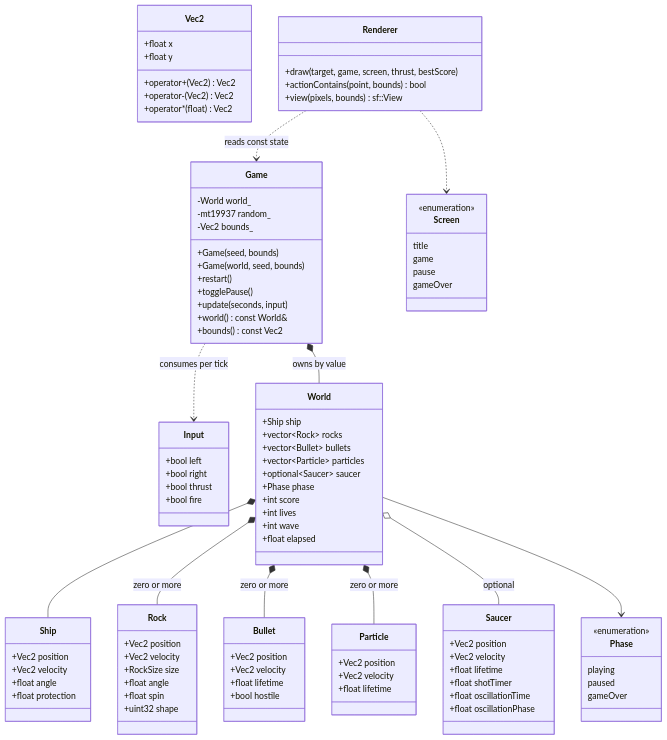
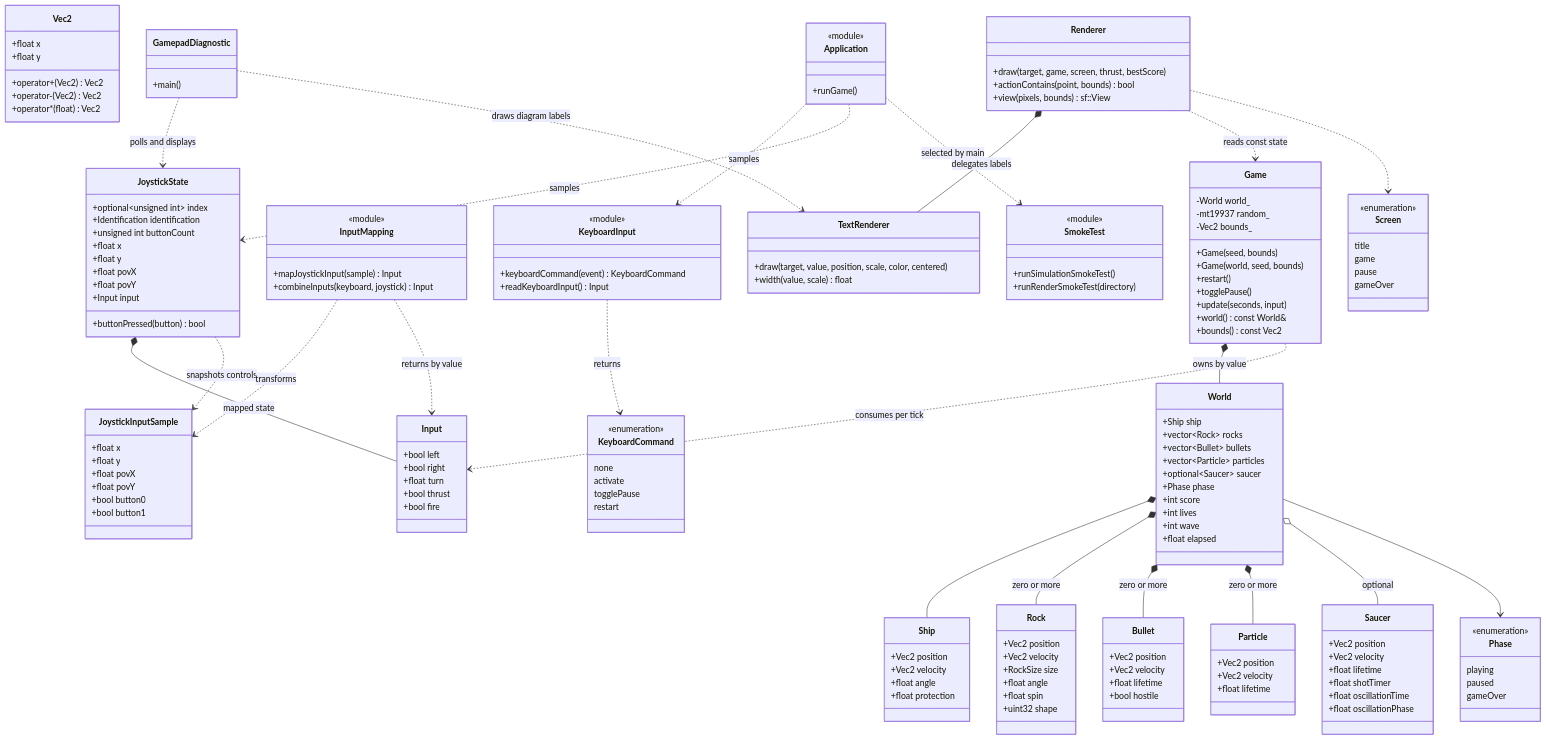
Before and after one commit to OMerkel/pebble_blaster: the second of 10 diagrams in doc/software_architecture.md, drawn with Mermaid. The commit also changed other lines of this file and 21 other files, not shown here.

First line of the commit message:
Add gamepad controls, diagnostics, and traceable requirements

```diff
--- a/doc/software_architecture.md
+++ b/doc/software_architecture.md
@@ -56,8 +80,36 @@
     class Input {
       +bool left
       +bool right
+      +float turn
       +bool thrust
       +bool fire
+    }
+    class JoystickState {
+      +optional~unsigned int~ index
+      +Identification identification
+      +unsigned int buttonCount
+      +float x
+      +float y
+      +float povX
+      +float povY
+      +Input input
+      +buttonPressed(button) bool
+    }
+    class JoystickInputSample {
+      +float x
+      +float y
+      +float povX
+      +float povY
+      +bool button0
+      +bool button1
+    }
+    class InputMapping {
+      <<module>>
+      +mapJoystickInput(sample) Input
+      +combineInputs(keyboard, joystick) Input
+    }
+    class GamepadDiagnostic {
+      +main()
     }
     class Game {
       -World world_
@@ -121,6 +173,31 @@
       +actionContains(point, bounds) bool
       +view(pixels, bounds) sf::View
     }
+    class TextRenderer {
+      +draw(target, value, position, scale, color, centered)
+      +width(value, scale) float
+    }
+    class KeyboardInput {
+      <<module>>
+      +keyboardCommand(event) KeyboardCommand
+      +readKeyboardInput() Input
+    }
+    class KeyboardCommand {
+      <<enumeration>>
+      none
+      activate
+      togglePause
+      restart
+    }
+    class Application {
+      <<module>>
+      +runGame()
+    }
+    class SmokeTest {
+      <<module>>
+      +runSimulationSmokeTest()
+      +runRenderSmokeTest(directory)
+    }
     class Screen {
       <<enumeration>>
       title
@@ -141,6 +218,17 @@
     World *-- Particle : zero or more
     World o-- Saucer : optional
     Game ..> Input : consumes per tick
+    JoystickState *-- Input : mapped state
+    JoystickState ..> JoystickInputSample : snapshots controls
+    InputMapping ..> JoystickInputSample : transforms
+    InputMapping ..> Input : returns by value
+    GamepadDiagnostic ..> JoystickState : polls and displays
+    GamepadDiagnostic ..> TextRenderer : draws diagram labels
+    Renderer *-- TextRenderer : delegates labels
+    Application ..> KeyboardInput : samples
+    KeyboardInput ..> KeyboardCommand : returns
+    Application ..> JoystickState : samples
+    Application ..> SmokeTest : selected by main
     Renderer ..> Game : reads const state
     Renderer ..> Screen
     World --> Phase
```
